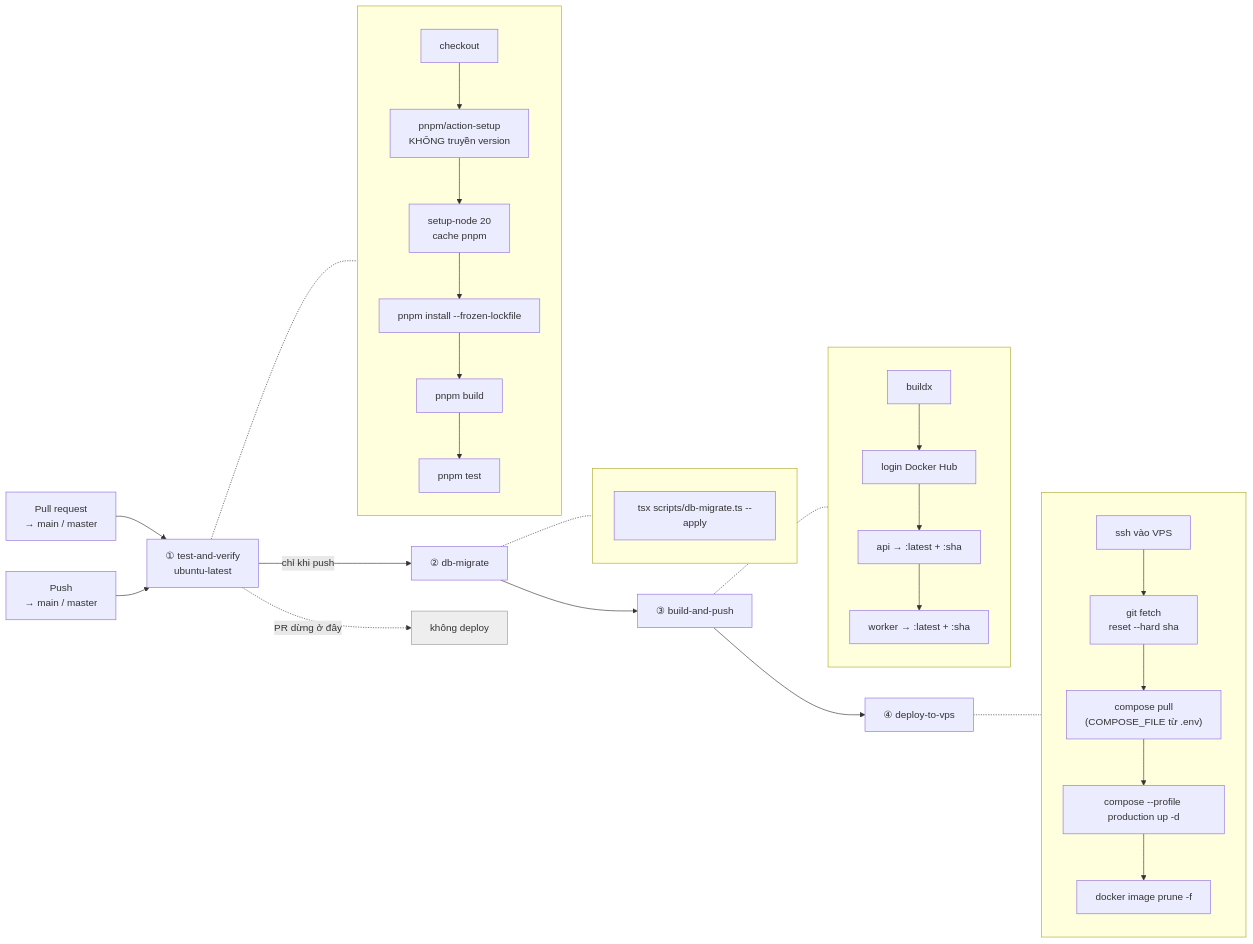
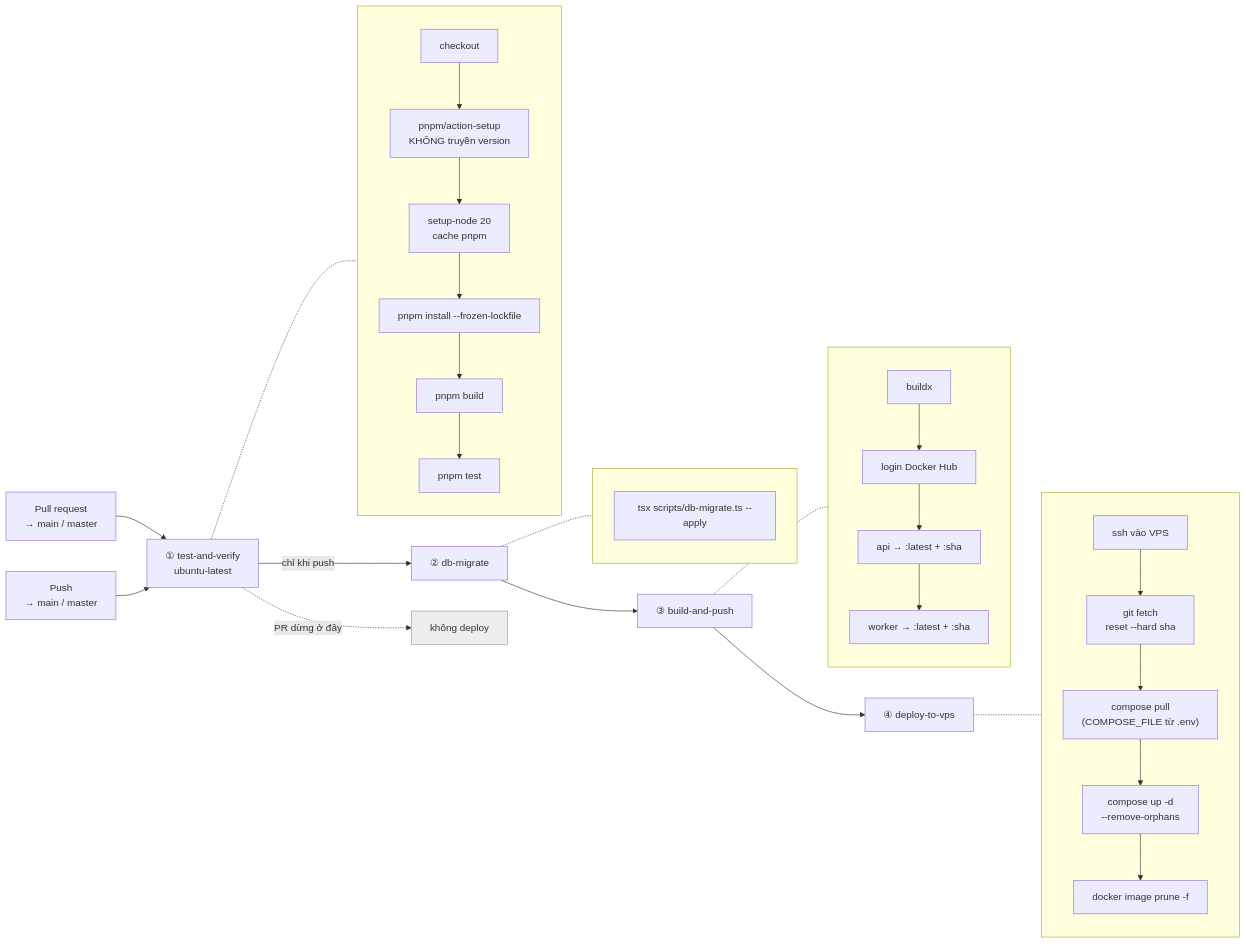
The diagram in docs/CI-CD.md (daclong120-del/app-relay), drawn with Mermaid before and after one commit. The commit also changed other lines of this file and 27 other files, not shown here.

Commit message:
feat: add worker implementation, container deployment architecture, and comprehensive project documentation

````diff
--- a/docs/CI-CD.md
+++ b/docs/CI-CD.md
@@ -9,37 +9,37 @@
 ```mermaid
 flowchart LR
     PR["Pull request<br/>→ main / master"] --> T
     PU["Push<br/>→ main / master"] --> T
 
     T["① test-and-verify<br/>ubuntu-latest"]
 
     T -->|"chỉ khi push"| M["② db-migrate"]
     M --> B["③ build-and-push"]
     B --> D["④ deploy-to-vps"]
 
     T -.->|"PR dừng ở đây"| STOP["không deploy"]
 
     subgraph S1[" "]
         T1["checkout"] --> T2["pnpm/action-setup<br/>KHÔNG truyền version"] --> T3["setup-node 20<br/>cache pnpm"] --> T4["pnpm install --frozen-lockfile"] --> T5["pnpm build"] --> T6["pnpm test"]
     end
 
     subgraph S2[" "]
         M1["tsx scripts/db-migrate.ts --apply"]
     end
 
     subgraph S3[" "]
         B1["buildx"] --> B2["login Docker Hub"] --> B3["api → :latest + :sha"] --> B4["worker → :latest + :sha"]
     end
 
     subgraph S4[" "]
-        D1["ssh vào VPS"] --> D2["git fetch<br/>reset --hard sha"] --> D3["compose pull<br/>(COMPOSE_FILE từ .env)"] --> D4["compose --profile production up -d"] --> D5["docker image prune -f"]
+        D1["ssh vào VPS"] --> D2["git fetch<br/>reset --hard sha"] --> D3["compose pull<br/>(COMPOSE_FILE từ .env)"] --> D4["compose up -d<br/>--remove-orphans"] --> D5["docker image prune -f"]
     end
 
     T -.- S1
     M -.- S2
     B -.- S3
     D -.- S4
 
     classDef stop fill:#eee,stroke:#999
     class STOP stop
 ```
````
